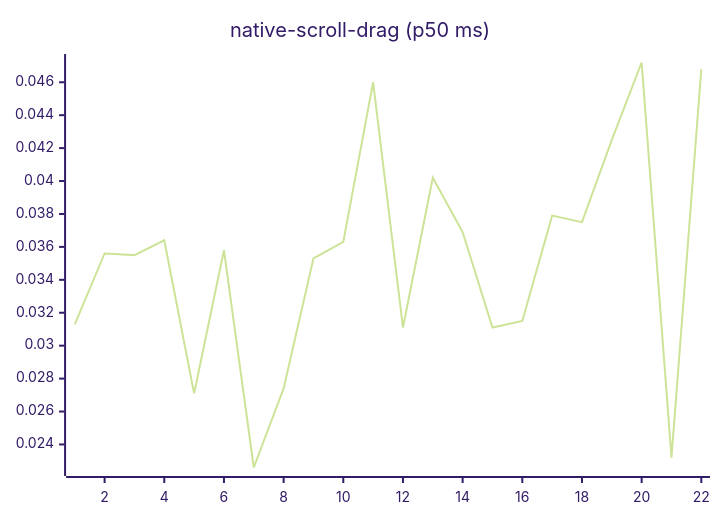
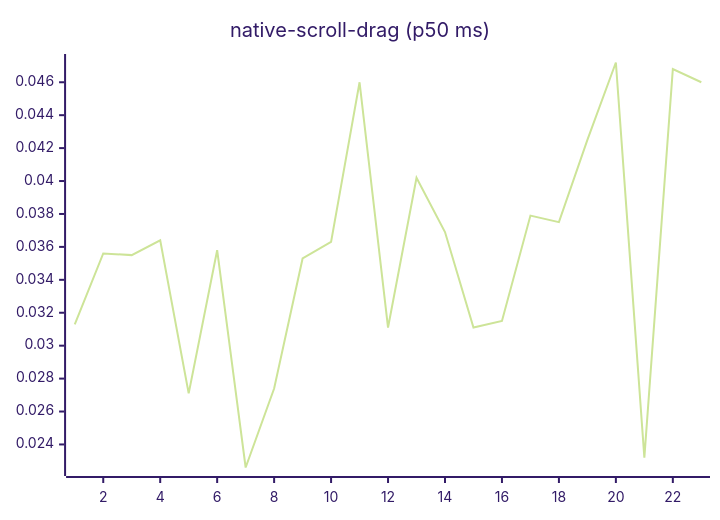
One commit to josha/Facet changed diagram 14 of 27 in README.md. Above: the diagram before and after it, drawn with Mermaid (forest theme). The commit also changed other lines of this file and 2 other files, not shown here.

````diff
--- a/README.md
+++ b/README.md
@@ -154,6 +154,6 @@
 ```mermaid
 xychart-beta
     title "native-scroll-drag (p50 ms)"
-    x-axis 1 --> 22
-    line [0.0313, 0.0356, 0.0355, 0.0364, 0.0271, 0.0358, 0.0226, 0.0274, 0.0353, 0.0363, 0.0460, 0.0311, 0.0402, 0.0369, 0.0311, 0.0315, 0.0379, 0.0375, 0.0425, 0.0472, 0.0232, 0.0468]
+    x-axis 1 --> 23
+    line [0.0313, 0.0356, 0.0355, 0.0364, 0.0271, 0.0358, 0.0226, 0.0274, 0.0353, 0.0363, 0.0460, 0.0311, 0.0402, 0.0369, 0.0311, 0.0315, 0.0379, 0.0375, 0.0425, 0.0472, 0.0232, 0.0468, 0.0460]
 ```
````
